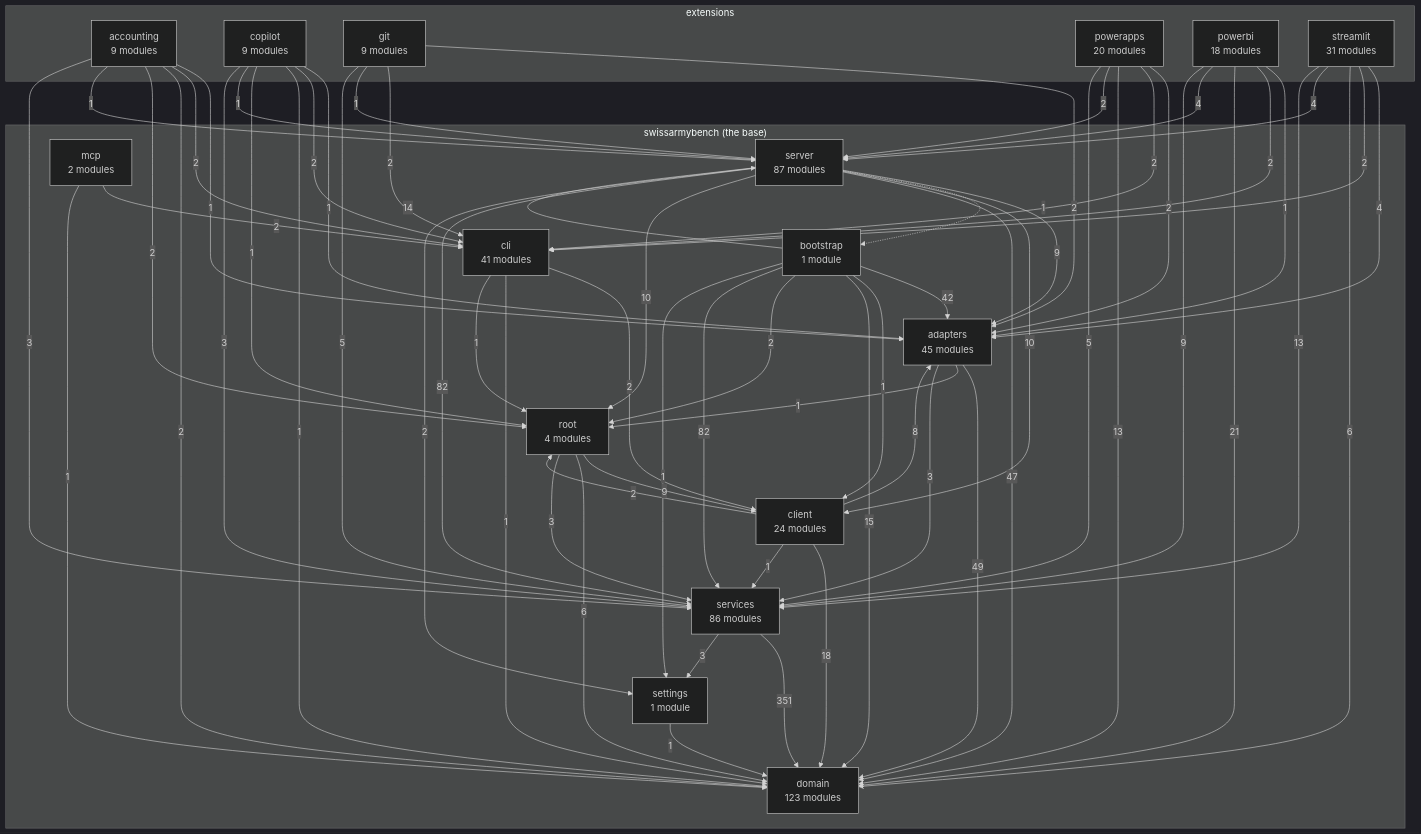
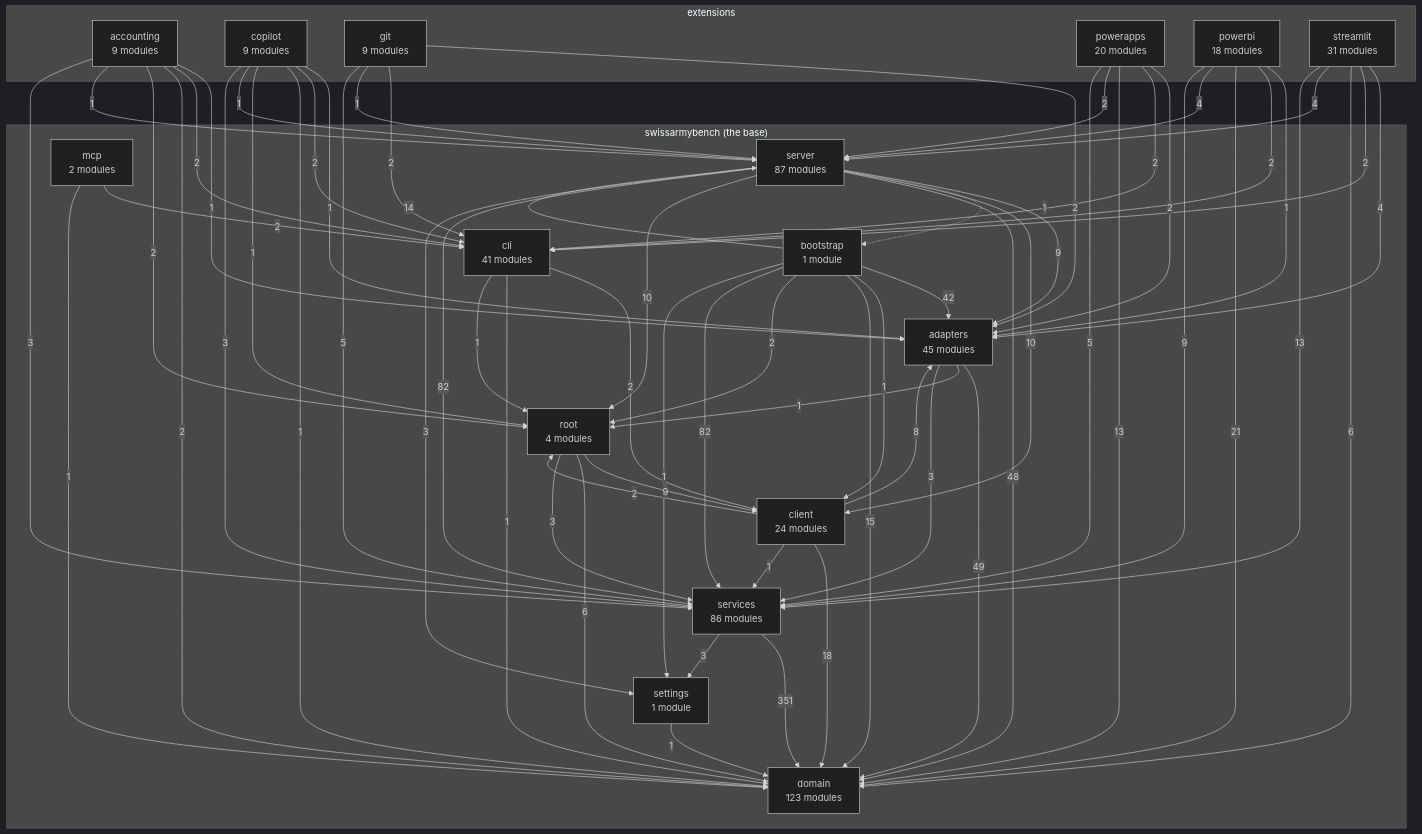
The diagram in docs/architecture-map.md (DylanCodyBrown/SwissArmyBench), drawn with Mermaid (dark theme) before and after one commit. The commit also changed other lines of this file, not shown here.

First line of the commit message:
Architecture map: current after the Blazor merge

```diff
--- a/docs/architecture-map.md
+++ b/docs/architecture-map.md
@@ -92,10 +92,10 @@
     server -->|9| adapters
     server -.->|1| bootstrap
     server -->|10| client
-    server -->|47| domain
+    server -->|48| domain
     server -->|10| root
     server -->|82| services
-    server -->|2| settings
+    server -->|3| settings
     services -->|351| domain
     services -->|3| settings
     settings -->|1| domain
```
